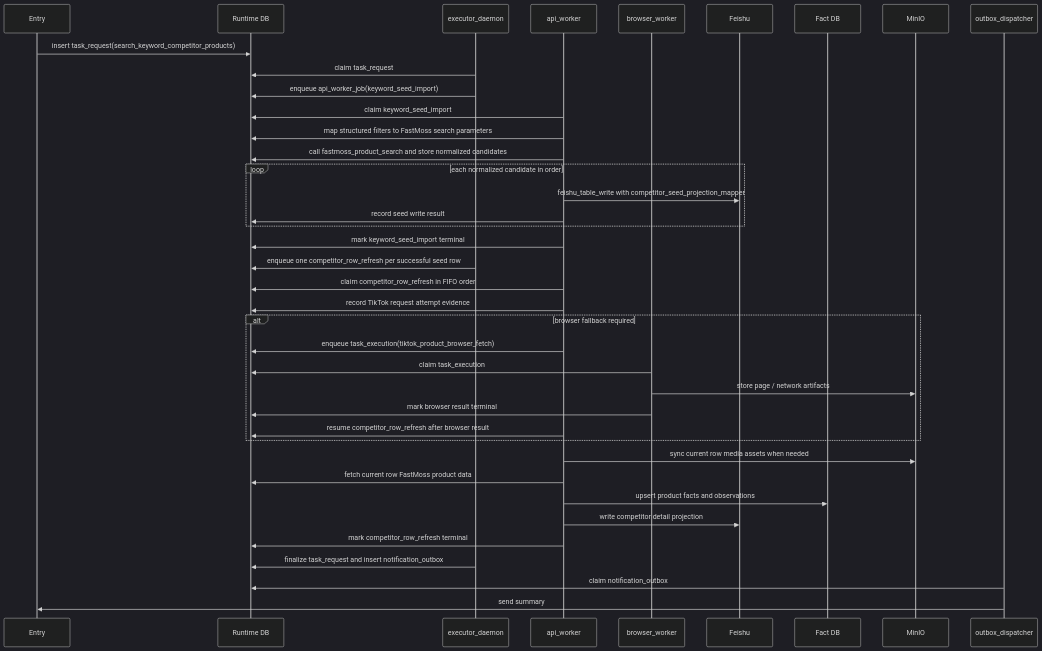
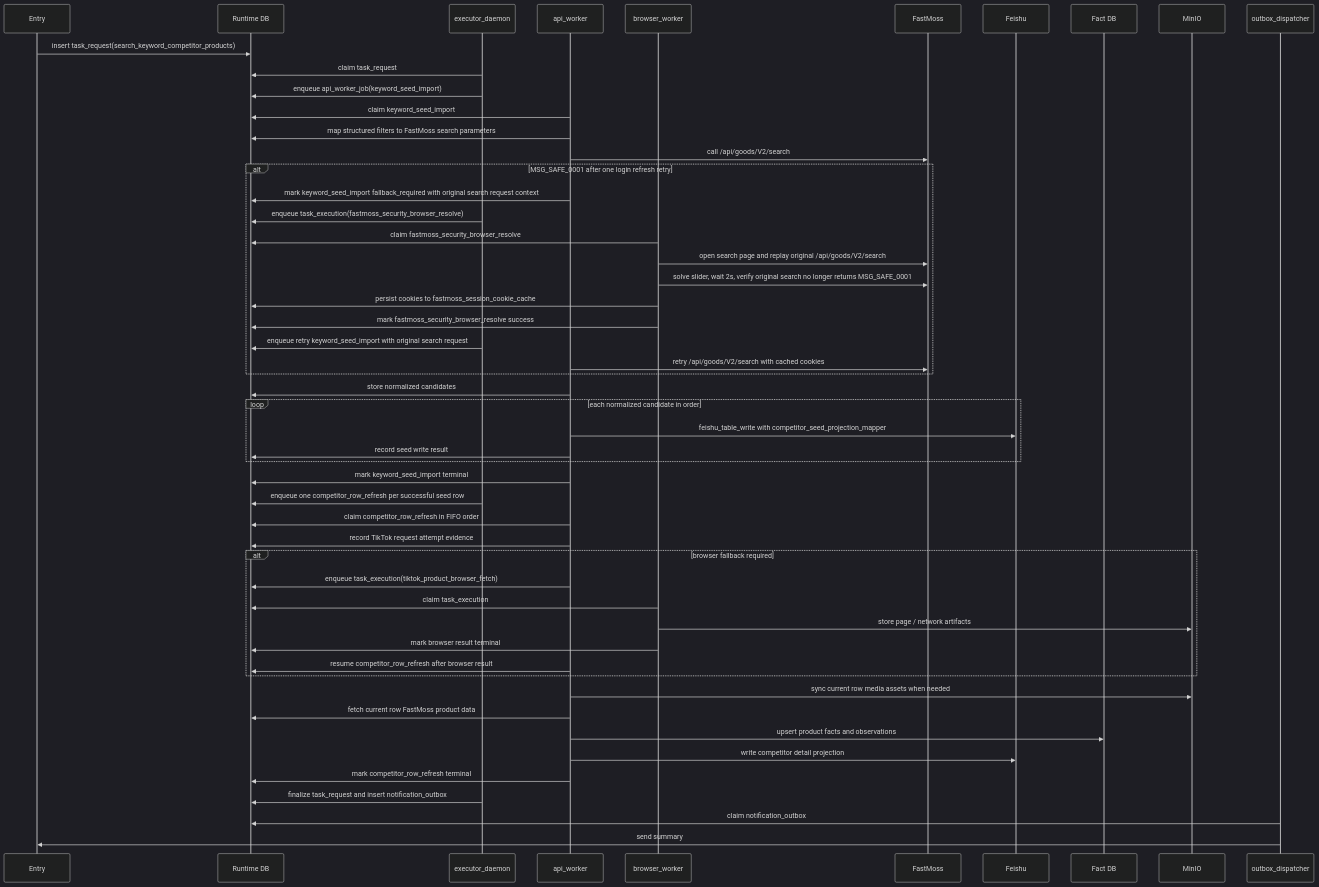
Before and after one commit to knighterrantsky/mujitask: the fifth of 5 diagrams in docs/arch/workflow-competitor-table-design.md, drawn with Mermaid (dark theme). The commit also changed other lines of this file and 50 other files, not shown here.

Commit message:
feat: support FastMoss fallback and TikTok slider verification

````diff
--- a/docs/arch/workflow-competitor-table-design.md
+++ b/docs/arch/workflow-competitor-table-design.md
@@ -248,42 +260,55 @@
 ```mermaid
 sequenceDiagram
     participant Entry as Entry
     participant DB as Runtime DB
     participant Exec as executor_daemon
     participant API as api_worker
     participant Browser as browser_worker
+    participant FastMoss as FastMoss
     participant Feishu as Feishu
     participant Fact as Fact DB
     participant Obj as MinIO
     participant Outbox as outbox_dispatcher
 
     Entry->>DB: insert task_request(search_keyword_competitor_products)
     Exec->>DB: claim task_request
     Exec->>DB: enqueue api_worker_job(keyword_seed_import)
     API->>DB: claim keyword_seed_import
     API->>DB: map structured filters to FastMoss search parameters
-    API->>DB: call fastmoss_product_search and store normalized candidates
+    API->>FastMoss: call /api/goods/V2/search
+    alt MSG_SAFE_0001 after one login refresh retry
+        API->>DB: mark keyword_seed_import fallback_required with original search request context
+        Exec->>DB: enqueue task_execution(fastmoss_security_browser_resolve)
+        Browser->>DB: claim fastmoss_security_browser_resolve
+        Browser->>FastMoss: open search page and replay original /api/goods/V2/search
+        Browser->>FastMoss: solve slider, wait 2s, verify original search no longer returns MSG_SAFE_0001
+        Browser->>DB: persist cookies to fastmoss_session_cookie_cache
+        Browser->>DB: mark fastmoss_security_browser_resolve success
+        Exec->>DB: enqueue retry keyword_seed_import with original search request
+        API->>FastMoss: retry /api/goods/V2/search with cached cookies
+    end
+    API->>DB: store normalized candidates
     loop each normalized candidate in order
         API->>Feishu: feishu_table_write with competitor_seed_projection_mapper
         API->>DB: record seed write result
     end
     API->>DB: mark keyword_seed_import terminal
     Exec->>DB: enqueue one competitor_row_refresh per successful seed row
     API->>DB: claim competitor_row_refresh in FIFO order
     API->>DB: record TikTok request attempt evidence
     alt browser fallback required
         API->>DB: enqueue task_execution(tiktok_product_browser_fetch)
         Browser->>DB: claim task_execution
         Browser->>Obj: store page / network artifacts
         Browser->>DB: mark browser result terminal
         API->>DB: resume competitor_row_refresh after browser result
     end
     API->>Obj: sync current row media assets when needed
     API->>DB: fetch current row FastMoss product data
     API->>Fact: upsert product facts and observations
     API->>Feishu: write competitor detail projection
     API->>DB: mark competitor_row_refresh terminal
     Exec->>DB: finalize task_request and insert notification_outbox
     Outbox->>DB: claim notification_outbox
     Outbox->>Entry: send summary
 ```
````
